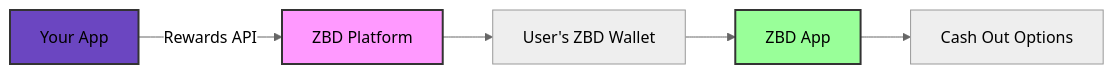
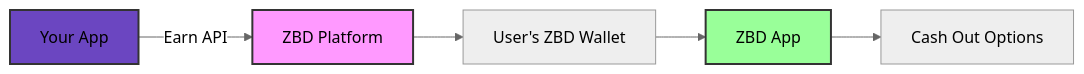
One commit to zbdpay/zbd-docs changed the diagram in earn/api.mdx. Above: the diagram before and after it, drawn with Mermaid (neutral theme). The commit also changed other lines of this file and 23 other files, not shown here.

Commit message:
feature: SEO card updated chore: Rewards to Earn

````diff
--- a/earn/api.mdx
+++ b/earn/api.mdx
@@ -29,11 +28,11 @@
 ```mermaid
 graph LR
-    A[Your App] -->|Rewards API| B[ZBD Platform]
+    A[Your App] -->|Earn API| B[ZBD Platform]
     B --> C[User's ZBD Wallet]
     C --> D[ZBD App]
     D --> E[Cash Out Options]
     
     style A fill:#6B46C1,stroke:#333,stroke-width:2px
     style B fill:#f9f,stroke:#333,stroke-width:2px
     style D fill:#9f9,stroke:#333,stroke-width:2px
 ```
````
